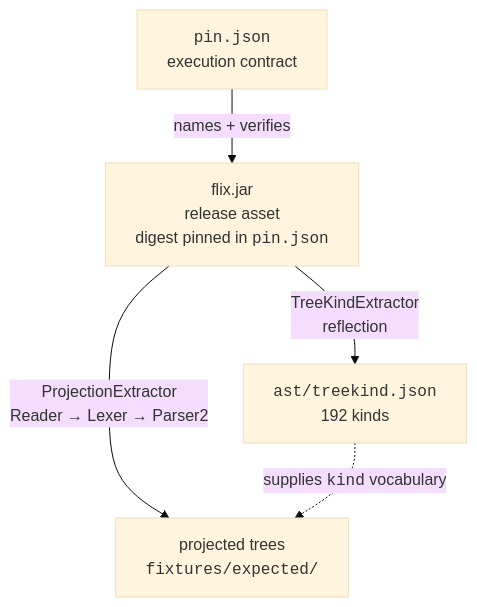
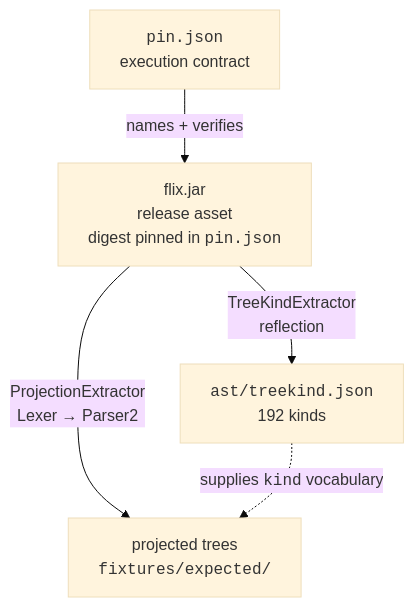
Before and after one commit to wstein/flix-spec: the diagram in README.md, drawn with Mermaid (base theme). The commit also changed other lines of this file and 10 other files, not shown here.

````diff
--- a/README.md
+++ b/README.md
@@ -146,12 +148,12 @@
 ```mermaid
 flowchart TD
     REL["flix.jar<br/>release asset<br/>digest pinned in <code>pin.json</code>"]
     PIN["<code>pin.json</code><br/>execution contract"]
     TK["<code>ast/treekind.json</code><br/>192 kinds"]
     PROJ["projected trees<br/><code>fixtures/expected/</code>"]
 
     PIN -->|"names + verifies"| REL
     REL -->|"TreeKindExtractor<br/>reflection"| TK
-    REL -->|"ProjectionExtractor<br/>Reader → Lexer → Parser2"| PROJ
+    REL -->|"ProjectionExtractor<br/>Lexer → Parser2"| PROJ
     TK -.->|"supplies <code>kind</code> vocabulary"| PROJ
 ```
````
